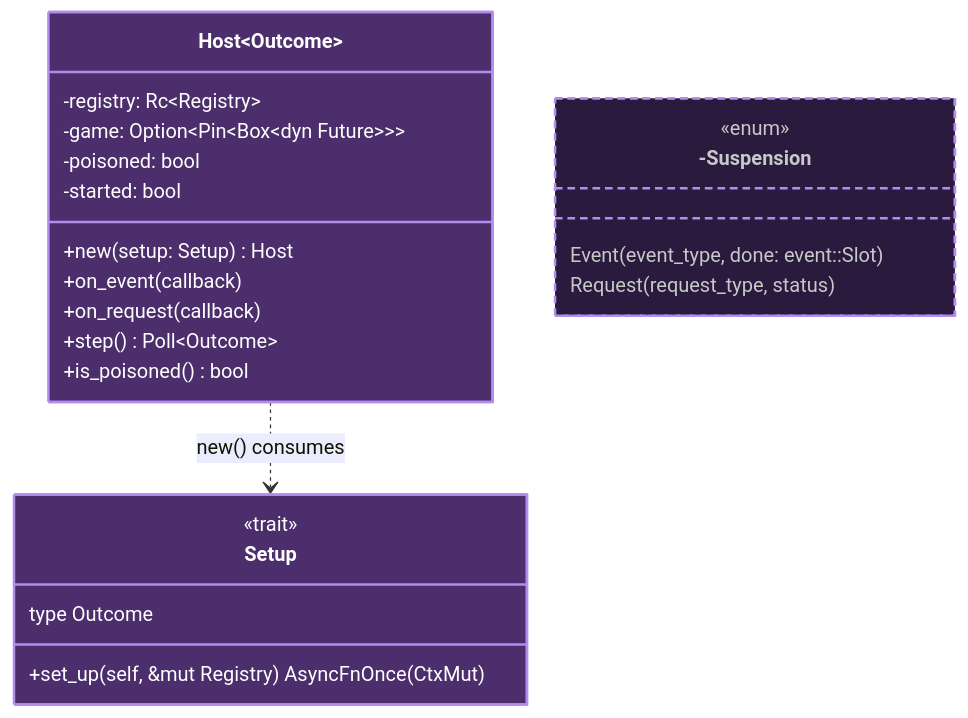
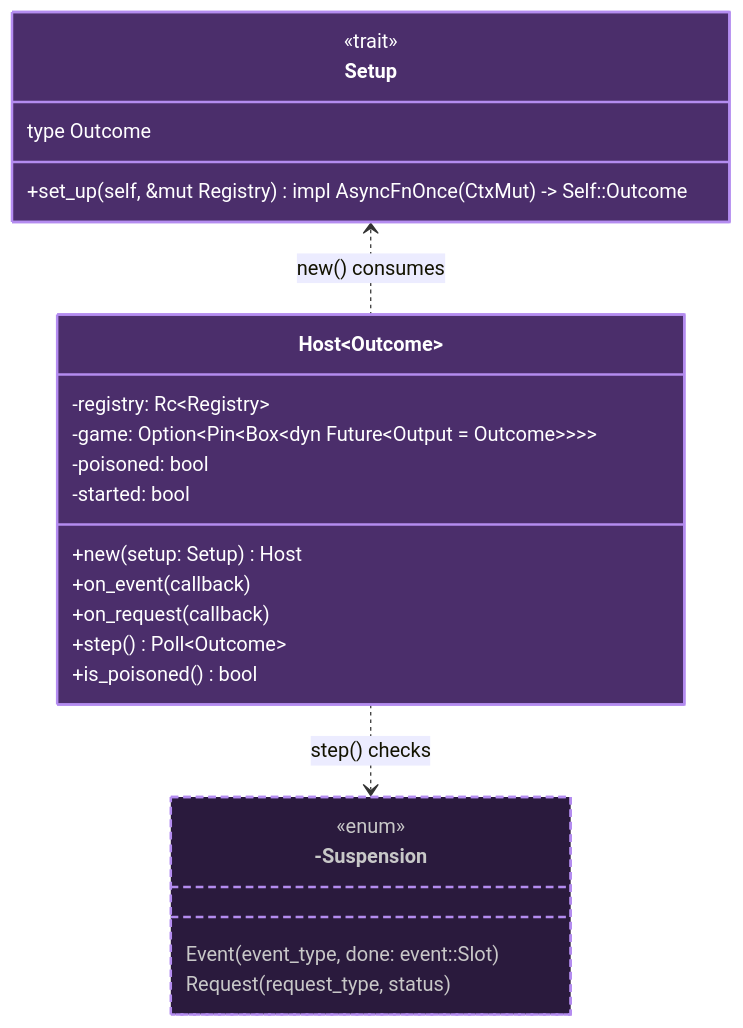
Before and after one commit to andrewtc/posturn: the second of 5 diagrams in book/src/next_turn/plan/types.md, drawn with Mermaid. The commit also changed other lines of this file, not shown here.

Commit message:
Fix garbled generics in plan class diagrams

````diff
--- a/book/src/next_turn/plan/types.md
+++ b/book/src/next_turn/plan/types.md
@@ -76,35 +76,41 @@
 ```mermaid
 %%{init: {"class": {"nodeSpacing": 25, "rankSpacing": 20}}}%%
 classDiagram
     direction TB
 
-    class Setup {
-        <<trait>>
-        type Outcome
-        +set_up(self, &mut Registry) AsyncFnOnce(CtxMut)
+    %% Generics that nest, or contain `()`, are written with HTML entities (`#lt;`, `#gt;`, `#40;`, `#41;`): Mermaid
+    %% misreads nested `~T~` generics as Markdown strikethrough, and treats any member containing `()` as a method.
+    %% Layout: the order of declarations and the direction of each arrow were tuned by measuring rendered variants for
+    %% size and edge crossings. Reordering lines or flipping arrows here can change the layout noticeably.
+
+    class Suspension["-Suspension"] {
+        <<enum>>
+        Event(event_type, done: event::Slot)
+        Request(request_type, status)
     }
 
     class Host~Outcome~ {
         -registry: Rc~Registry~
-        -game: Option~Pin~Box~dyn Future~~~
+        -game: Option#lt;Pin#lt;Box#lt;dyn Future#lt;Output = Outcome#gt;#gt;#gt;#gt;
         -poisoned: bool
         -started: bool
         +new(setup: Setup) Host
         +on_event(callback)
         +on_request(callback)
         +step() Poll~Outcome~
         +is_poisoned() bool
     }
 
-    class Suspension["-Suspension"] {
-        <<enum>>
-        Event(event_type, done: event::Slot)
-        Request(request_type, status)
+    class Setup {
+        <<trait>>
+        type Outcome
+        +set_up(self, &mut Registry) impl AsyncFnOnce#40;CtxMut#41; -#gt; Self::Outcome
     }
 
-    Host ..> Setup : new() consumes
+    Setup <.. Host : new() consumes
+    Host ..> Suspension : step() checks
 
     style Host fill:#4b2e6b,stroke:#b48cf0,stroke-width:2px,color:#ffffff
     style Setup fill:#4b2e6b,stroke:#b48cf0,stroke-width:2px,color:#ffffff
     style Suspension fill:#2a1a3d,stroke:#b48cf0,stroke-width:2px,stroke-dasharray:6 4,color:#c8c8c8
 ```
````
